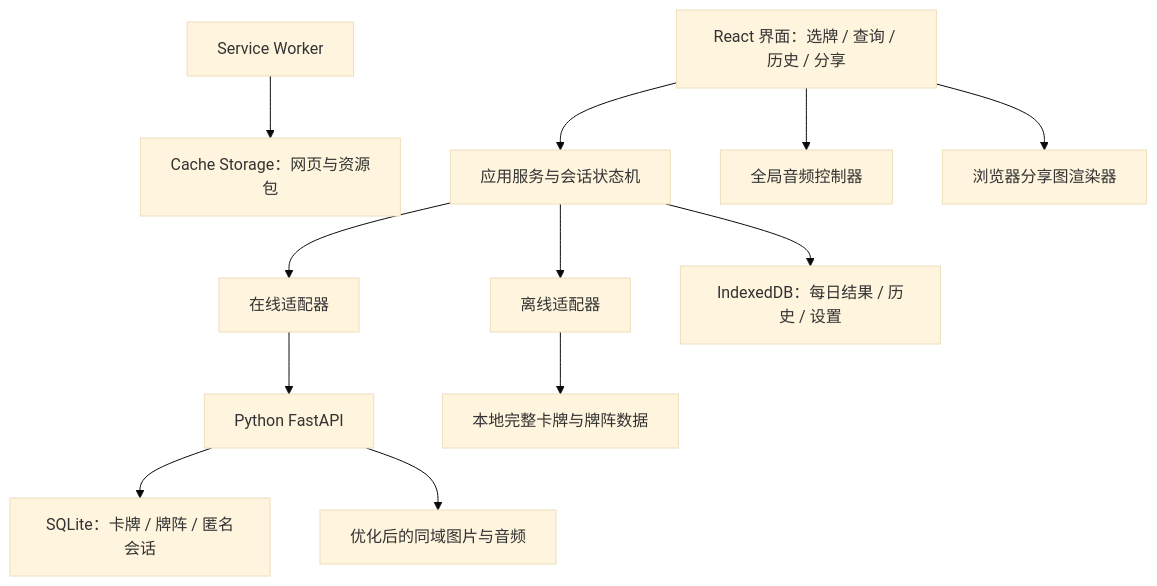
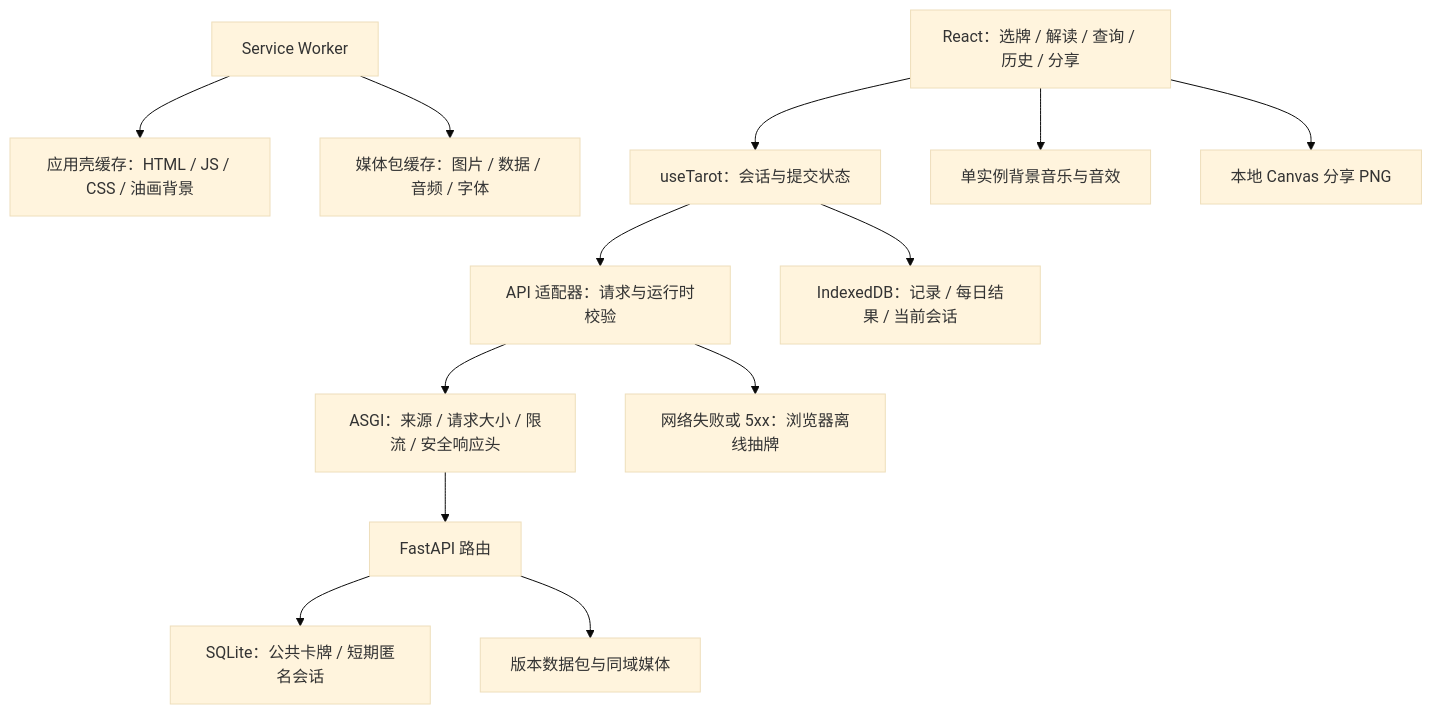
The first of 2 diagrams in docs/02-architecture.md (sakura-chh/Tarot), drawn with Mermaid (base theme) before and after one commit. The commit also changed other lines of this file and 59 other files, not shown here.

Commit message:
feat: harden tarot app and refresh project documentation

````diff
--- a/docs/02-architecture.md
+++ b/docs/02-architecture.md
@@ -7,14 +7,15 @@
 ```mermaid
 flowchart TD
-    UI[React 界面：选牌 / 查询 / 历史 / 分享] --> APP[应用服务与会话状态机]
-    APP --> ONLINE[在线适配器]
-    APP --> OFFLINE[离线适配器]
-    ONLINE --> API[Python FastAPI]
-    API --> SQL[SQLite：卡牌 / 牌阵 / 匿名会话]
-    API --> MEDIA[优化后的同域图片与音频]
-    OFFLINE --> BUNDLE[本地完整卡牌与牌阵数据]
-    APP --> LOCAL[IndexedDB：每日结果 / 历史 / 设置]
-    SW[Service Worker] --> CACHE[Cache Storage：网页与资源包]
-    UI --> AUDIO[全局音频控制器]
-    UI --> EXPORT[浏览器分享图渲染器]
+    UI[React：选牌 / 解读 / 查询 / 历史 / 分享] --> HOOK[useTarot：会话与提交状态]
+    HOOK --> ONLINE[API 适配器：请求与运行时校验]
+    ONLINE --> GUARD[ASGI：来源 / 请求大小 / 限流 / 安全响应头]
+    GUARD --> API[FastAPI 路由]
+    API --> SQL[SQLite：公共卡牌 / 短期匿名会话]
+    API --> DATA[版本数据包与同域媒体]
+    ONLINE --> OFFLINE[网络失败或 5xx：浏览器离线抽牌]
+    HOOK --> LOCAL[IndexedDB：记录 / 每日结果 / 当前会话]
+    SW[Service Worker] --> SHELL[应用壳缓存：HTML / JS / CSS / 油画背景]
+    SW --> MEDIA[媒体包缓存：图片 / 数据 / 音频 / 字体]
+    UI --> AUDIO[单实例背景音乐与音效]
+    UI --> EXPORT[本地 Canvas 分享 PNG]
 ```
````
